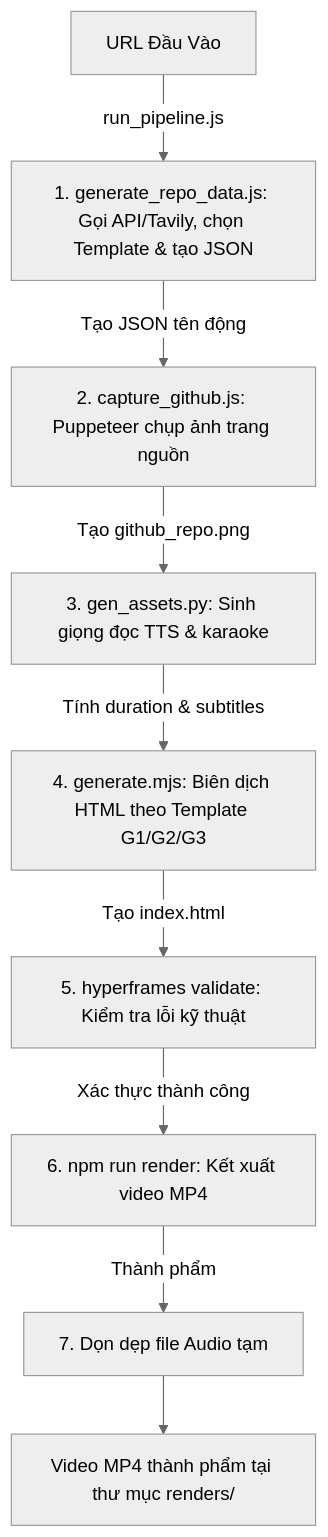
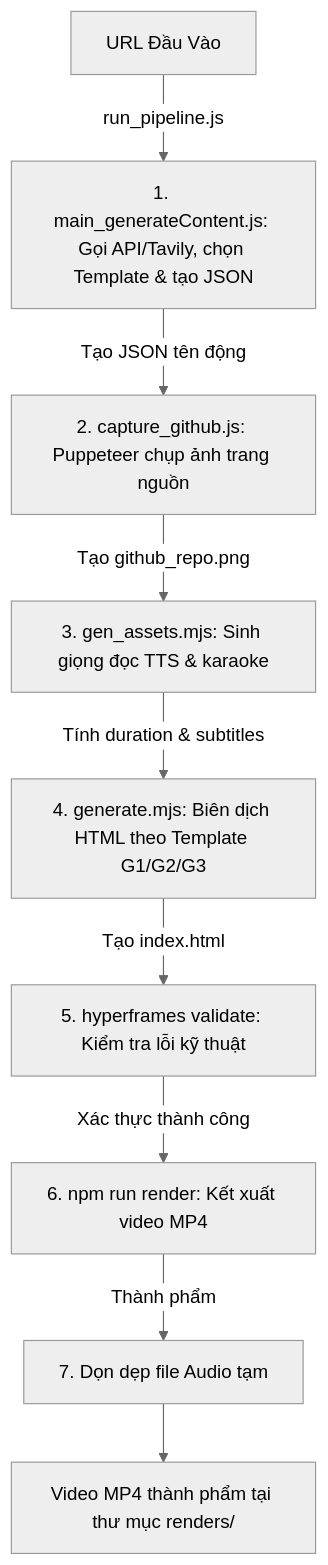
One commit to vietcuong2004/VNP_HyperFrames changed the diagram in README.md. Above: the diagram before and after it, drawn with Mermaid (neutral theme). The commit also changed other lines of this file and 56 other files, not shown here.

````diff
--- a/README.md
+++ b/README.md
@@ -44,11 +56,11 @@
 ```mermaid
 graph TD
-    URL[URL Đầu Vào] -->|run_pipeline.js| R_DATA[1. generate_repo_data.js: Gọi API/Tavily, chọn Template & tạo JSON]
+    URL[URL Đầu Vào] -->|run_pipeline.js| R_DATA[1. main_generateContent.js: Gọi API/Tavily, chọn Template & tạo JSON]
     R_DATA -->|Tạo JSON tên động| CAPTURE[2. capture_github.js: Puppeteer chụp ảnh trang nguồn]
-    CAPTURE -->|Tạo github_repo.png| TTS[3. gen_assets.py: Sinh giọng đọc TTS & karaoke]
+    CAPTURE -->|Tạo github_repo.png| TTS[3. gen_assets.mjs: Sinh giọng đọc TTS & karaoke]
     TTS -->|Tính duration & subtitles| GEN[4. generate.mjs: Biên dịch HTML theo Template G1/G2/G3]
     GEN -->|Tạo index.html| VALIDATE[5. hyperframes validate: Kiểm tra lỗi kỹ thuật]
     VALIDATE -->|Xác thực thành công| RENDER[6. npm run render: Kết xuất video MP4]
     RENDER -->|Thành phẩm| CLEANUP[7. Dọn dẹp file Audio tạm]
     CLEANUP --> OUT[Video MP4 thành phẩm tại thư mục renders/]
 ```
````
